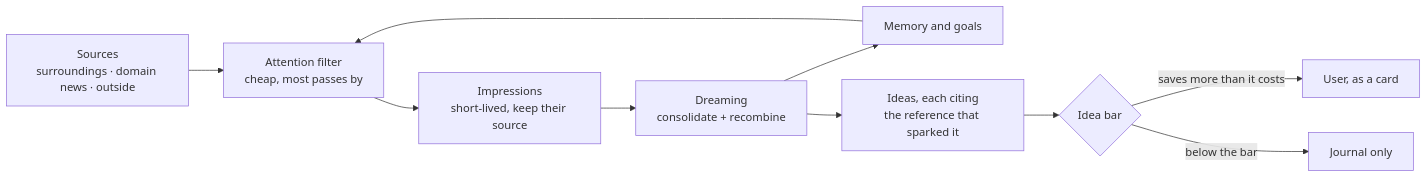
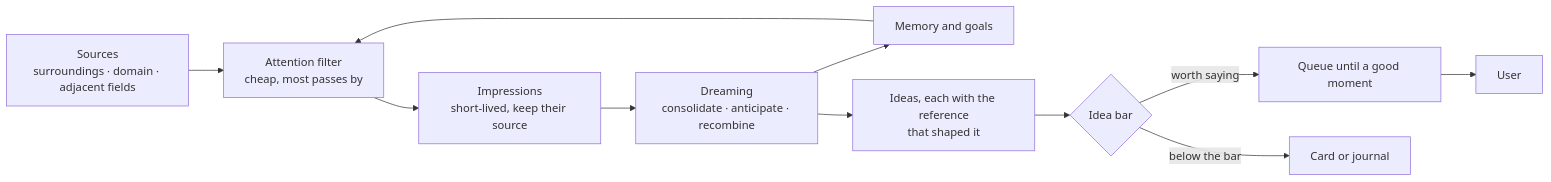
One commit to CarlvinceTan/polymux changed the first of 2 diagrams in docs/proactivity.md. Above: the diagram before and after it, drawn with Mermaid. The commit also changed other lines of this file, not shown here.

````diff
--- a/docs/proactivity.md
+++ b/docs/proactivity.md
@@ -25,12 +25,13 @@
 ```mermaid
 flowchart LR
-    S["Sources<br/>surroundings · domain news · outside"] --> F["Attention filter<br/>cheap, most passes by"]
+    S["Sources<br/>surroundings · domain · adjacent fields"] --> F["Attention filter<br/>cheap, most passes by"]
     F --> I["Impressions<br/>short-lived, keep their source"]
-    I --> D["Dreaming<br/>consolidate + recombine"]
+    I --> D["Dreaming<br/>consolidate · anticipate · recombine"]
     D --> M["Memory and goals"]
-    D --> X["Ideas, each citing<br/>the reference that sparked it"]
+    D --> X["Ideas, each with the reference<br/>that shaped it"]
     M --> F
     X --> B{"Idea bar"}
-    B -- "saves more than it costs" --> U["User, as a card"]
-    B -- "below the bar" --> J["Journal only"]
+    B -- "worth saying" --> Q["Queue until a good moment"]
+    Q --> U["User"]
+    B -- "below the bar" --> J["Card or journal"]
 ```
````
